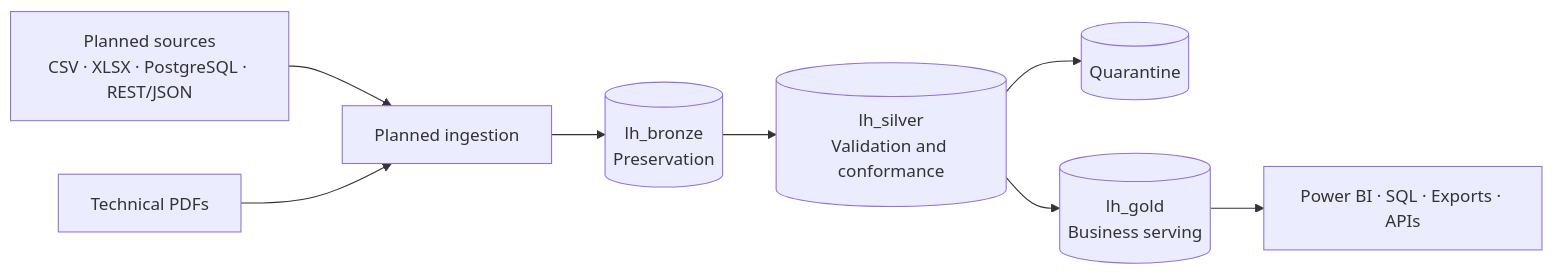
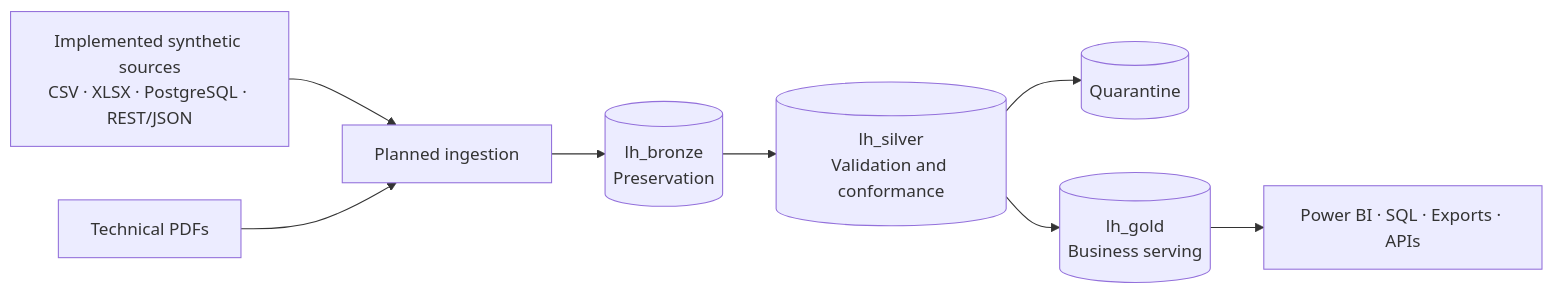
Before and after one commit to LuidiC/industrial-data-platform: the diagram in README.en.md, drawn with Mermaid. The commit also changed other lines of this file and 58 other files, not shown here.

````diff
--- a/README.en.md
+++ b/README.en.md
@@ -47,10 +54,10 @@
 ```mermaid
 flowchart LR
-    SOURCES[Planned sources<br/>CSV · XLSX · PostgreSQL · REST/JSON] --> INGEST[Planned ingestion]
+    SOURCES[Implemented synthetic sources<br/>CSV · XLSX · PostgreSQL · REST/JSON] --> INGEST[Planned ingestion]
     INGEST --> BRONZE[(lh_bronze<br/>Preservation)]
     PDF[Technical PDFs] --> INGEST
     BRONZE --> SILVER[(lh_silver<br/>Validation and conformance)]
     SILVER --> QUARANTINE[(Quarantine)]
     SILVER --> GOLD[(lh_gold<br/>Business serving)]
     GOLD --> CONSUMERS[Power BI · SQL · Exports · APIs]
 ```
````
